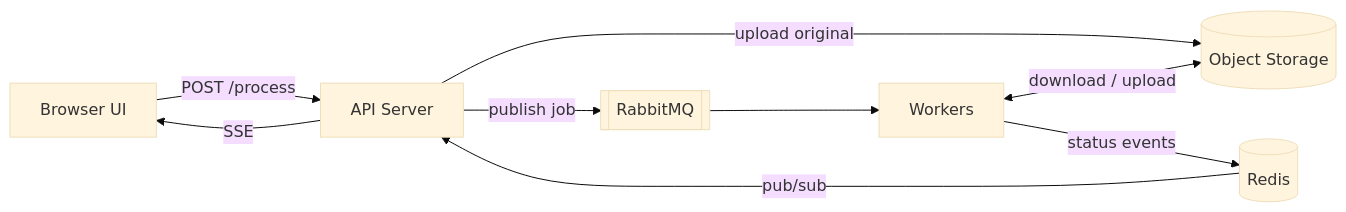
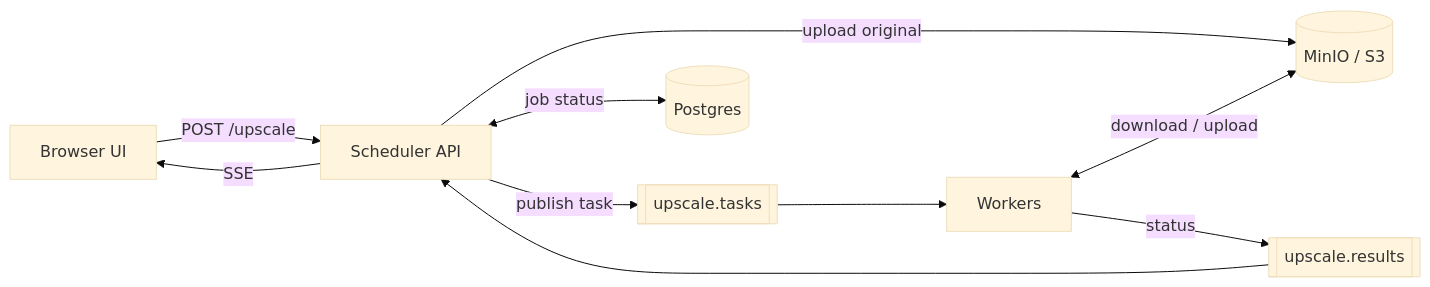
Before and after one commit to tuanta7/image-upscaler: the diagram in README.md, drawn with Mermaid (base theme). The commit also changed other lines of this file and 26 other files, not shown here.

Commit message:
refactor: setup task scheduler integration

````diff
--- a/README.md
+++ b/README.md
@@ -17,11 +7,12 @@
 ```mermaid
 flowchart LR
-    UI[Browser UI] -->|POST /process| API[API Server]
-    API -->|upload original| S3[(Object Storage)]
-    API -->|publish job| MQ[[RabbitMQ]]
+    UI[Browser UI] -->|POST /upscale| API[Scheduler API]
+    API -->|upload original| S3[(MinIO / S3)]
+    API -->|publish task| MQ[[upscale.tasks]]
     MQ --> W[Workers]
     W <-->|download / upload| S3
-    W -->|status events| R[(Redis)]
-    R -->|pub/sub| API
+    W -->|status| RQ[[upscale.results]]
+    RQ --> API
+    API <-->|job status| PG[(Postgres)]
     API -->|SSE| UI
 ```
````
